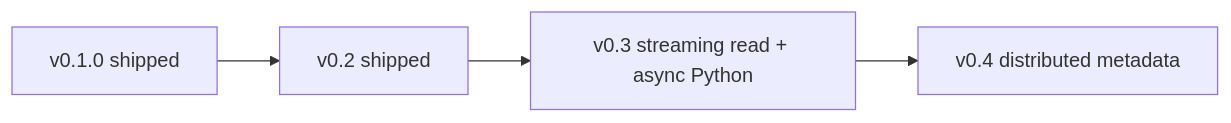
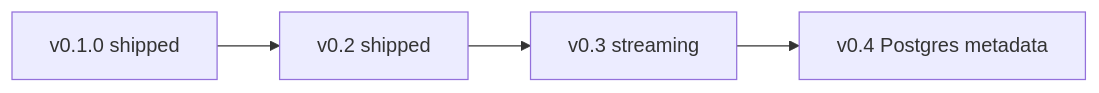
Before and after one commit to MuratovER/chunkstore: the diagram in docs/ROADMAP.md, drawn with Mermaid. The commit also changed other lines of this file and 45 other files, not shown here.

First line of the commit message:
Add streaming ingest and v0.4 metadata foundation.

````diff
--- a/docs/ROADMAP.md
+++ b/docs/ROADMAP.md
@@ -143,6 +144,6 @@
 ```mermaid
 flowchart LR
   A[v0.1.0 shipped] --> B[v0.2 shipped]
-  B --> C[v0.3 streaming read + async Python]
-  C --> D[v0.4 distributed metadata]
+  B --> C[v0.3 streaming]
+  C --> D[v0.4 Postgres metadata]
 ```
````
